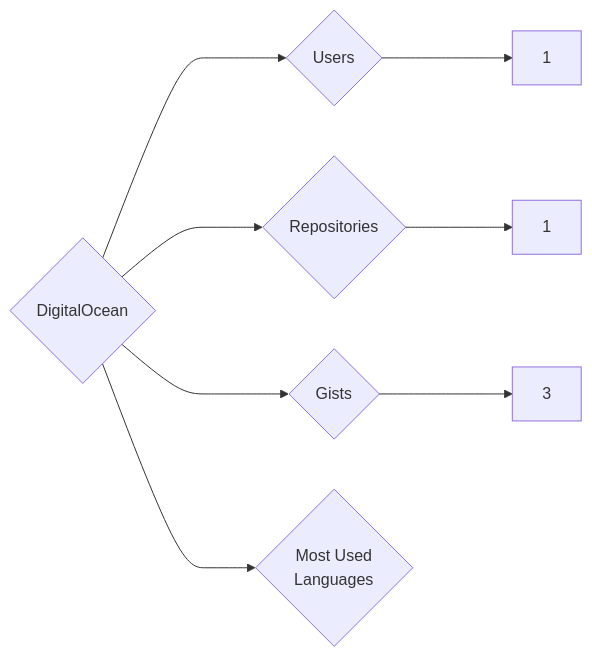
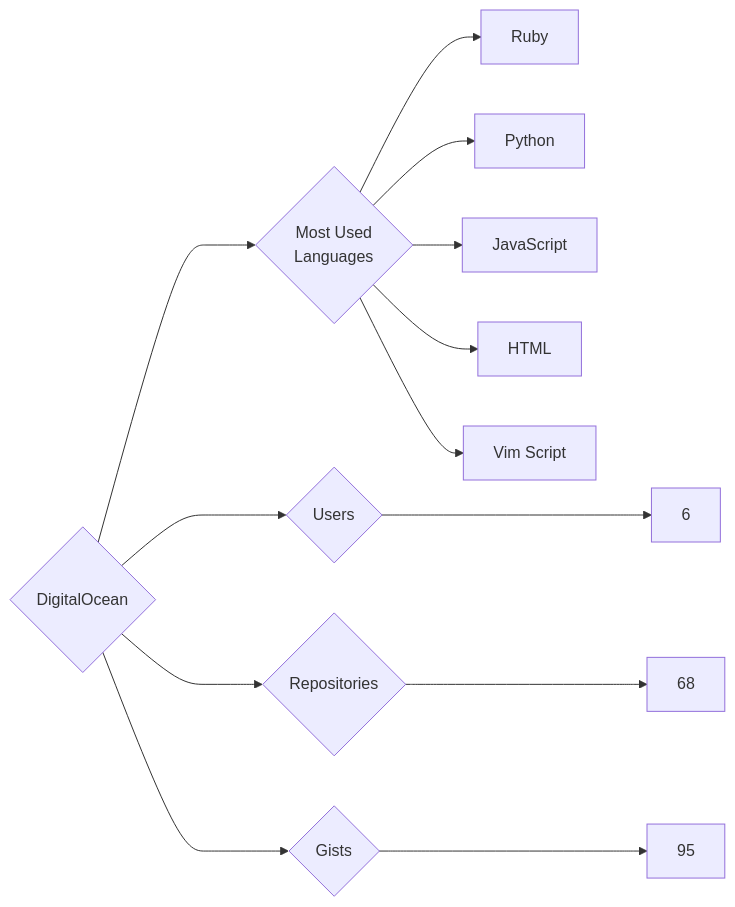
One commit to trickest/insiders changed the diagram in targets/DigitalOcean/README.md. Above: the diagram before and after it, drawn with Mermaid. The commit also changed 1149 other files, not shown here.

````diff
--- a/targets/DigitalOcean/README.md
+++ b/targets/DigitalOcean/README.md
@@ -3,8 +3,13 @@
 ```mermaid
 graph LR
 COMPANY_NAME{DigitalOcean}
-COMPANY_NAME ---> U{Users} ---> UN[1]
-COMPANY_NAME ---> R{Repositories} ---> RN[1]
-COMPANY_NAME ---> G{Gists} ---> GN[3]
+COMPANY_NAME ---> U{Users} ---> UN[6]
+COMPANY_NAME ---> R{Repositories} ---> RN[68]
+COMPANY_NAME ---> G{Gists} ---> GN[95]
 COMPANY_NAME ---> ML{Most Used<br>Languages}
+ML --> Ruby[Ruby]
+ML --> Python[Python]
+ML --> JavaScript[JavaScript]
+ML --> HTML[HTML]
+ML --> Vim_Script[Vim Script]
 ```
````
